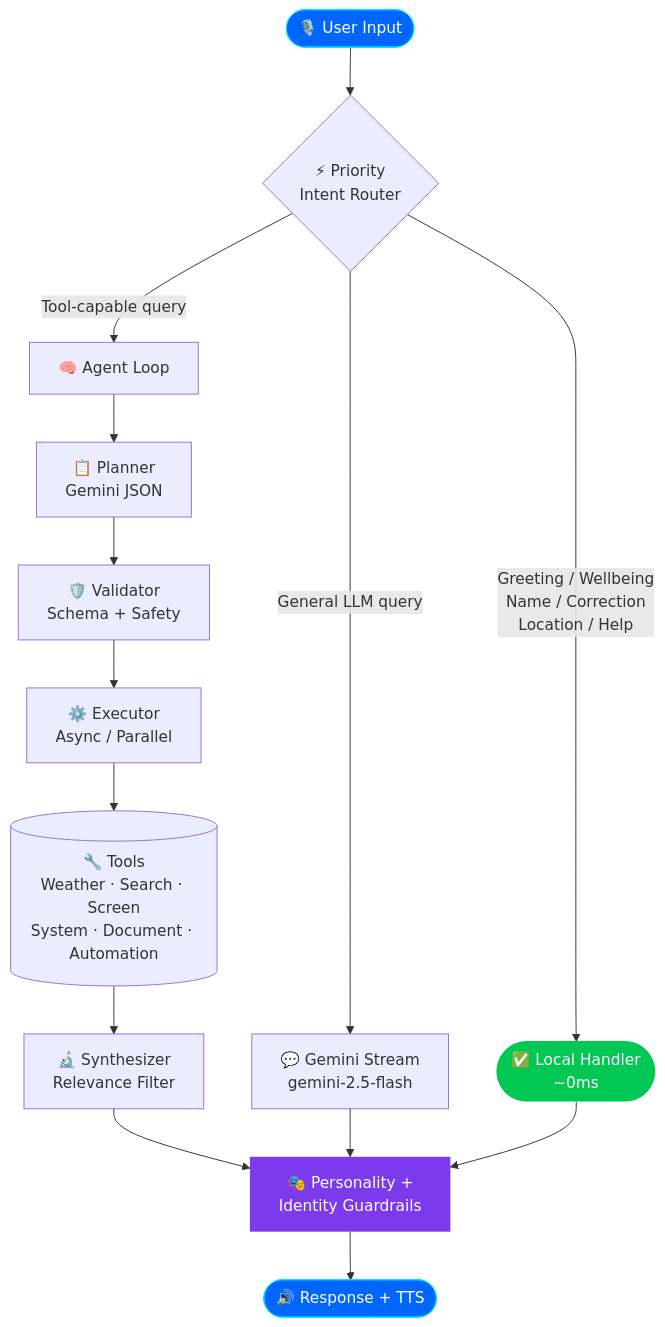
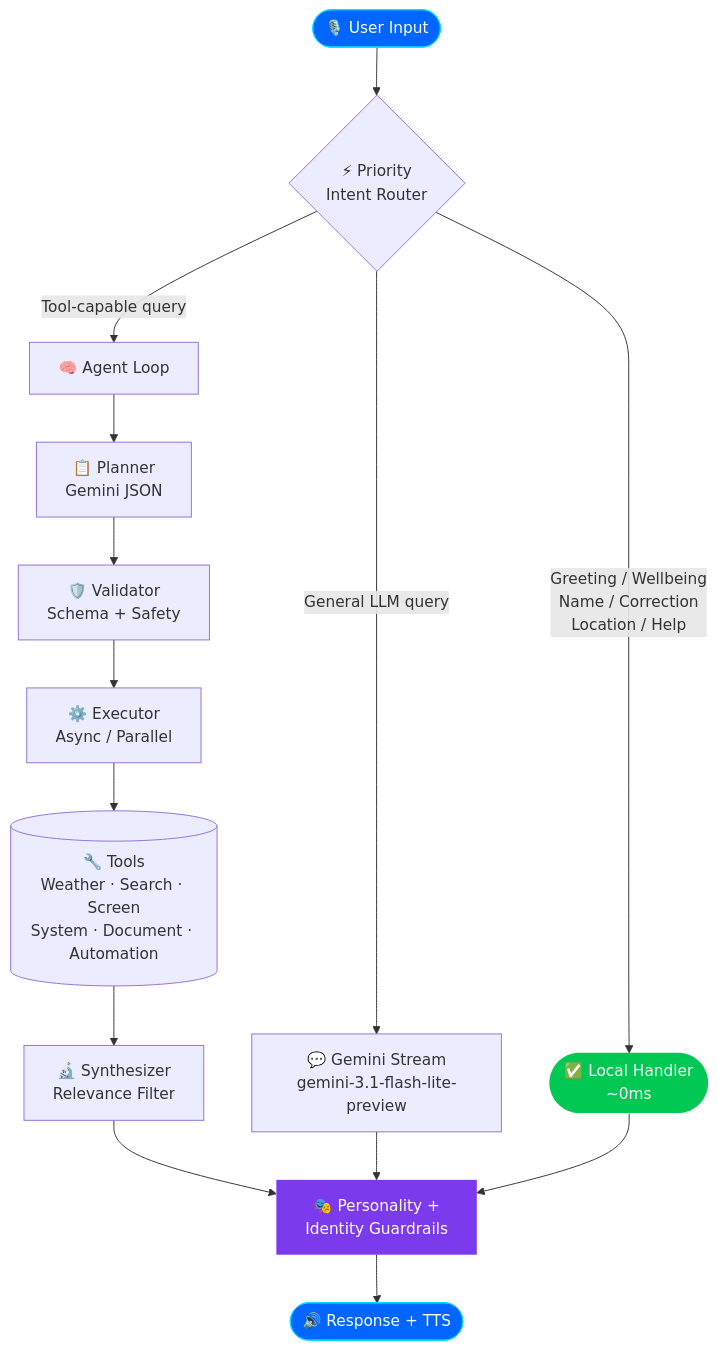
The first of 3 diagrams in README.md (deepakrakshit/jarvis), drawn with Mermaid before and after one commit. The commit also changed other lines of this file and 11 other files, not shown here.

````diff
--- a/README.md
+++ b/README.md
@@ -115,21 +115,21 @@
 ```mermaid
 flowchart TD
     A(["🎙️ User Input"]) --> B{"⚡ Priority\nIntent Router"}
     B -->|"Greeting / Wellbeing\nName / Correction\nLocation / Help"| C(["✅ Local Handler\n~0ms"])
     B -->|"Tool-capable query"| D["🧠 Agent Loop"]
     D --> E["📋 Planner\nGemini JSON"]
     E --> F["🛡️ Validator\nSchema + Safety"]
     F --> G["⚙️ Executor\nAsync / Parallel"]
     G --> H[("🔧 Tools\nWeather · Search · Screen\nSystem · Document · Automation")]
     H --> I["🔬 Synthesizer\nRelevance Filter"]
-    B -->|"General LLM query"| J["💬 Gemini Stream\ngemini-2.5-flash"]
+    B -->|"General LLM query"| J["💬 Gemini Stream\ngemini-3.1-flash-lite-preview"]
     I --> K["🎭 Personality +\nIdentity Guardrails"]
     J --> K
     C --> K
     K --> L(["🔊 Response + TTS"])
 
     style A fill:#0066ff,color:#fff,stroke:#00e1ff
     style L fill:#0066ff,color:#fff,stroke:#00e1ff
     style C fill:#00C853,color:#fff,stroke:none
     style K fill:#7C3AED,color:#fff,stroke:none
 ```
````
